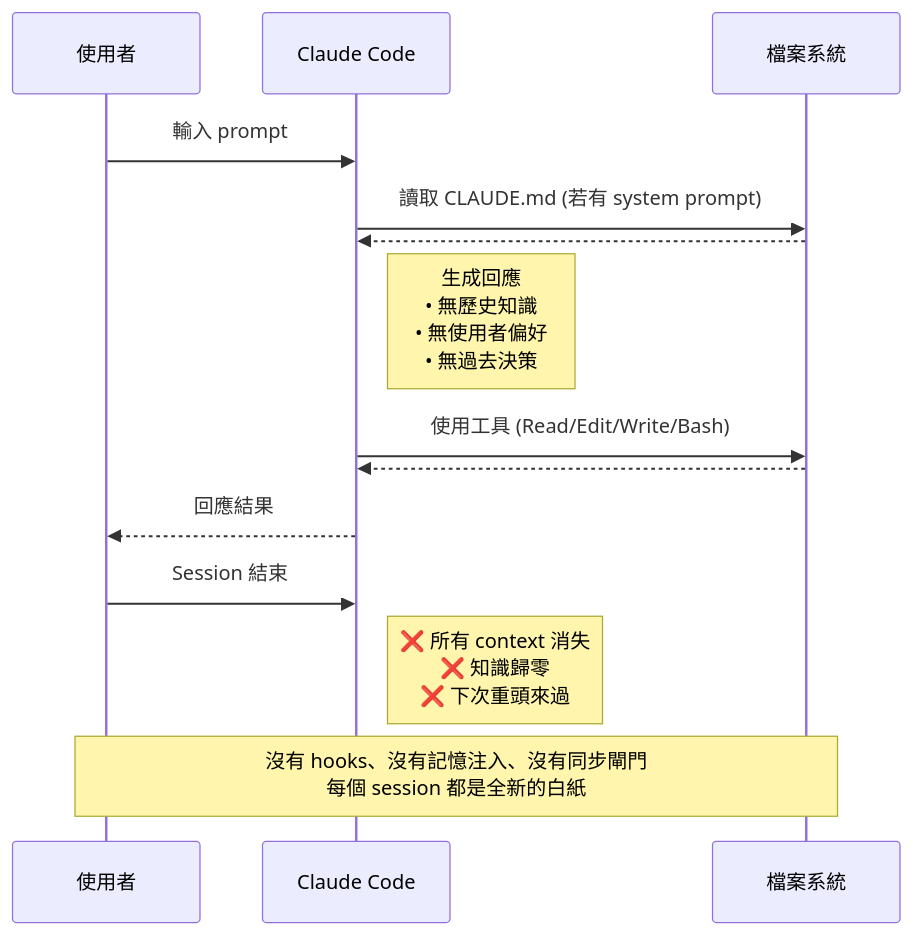
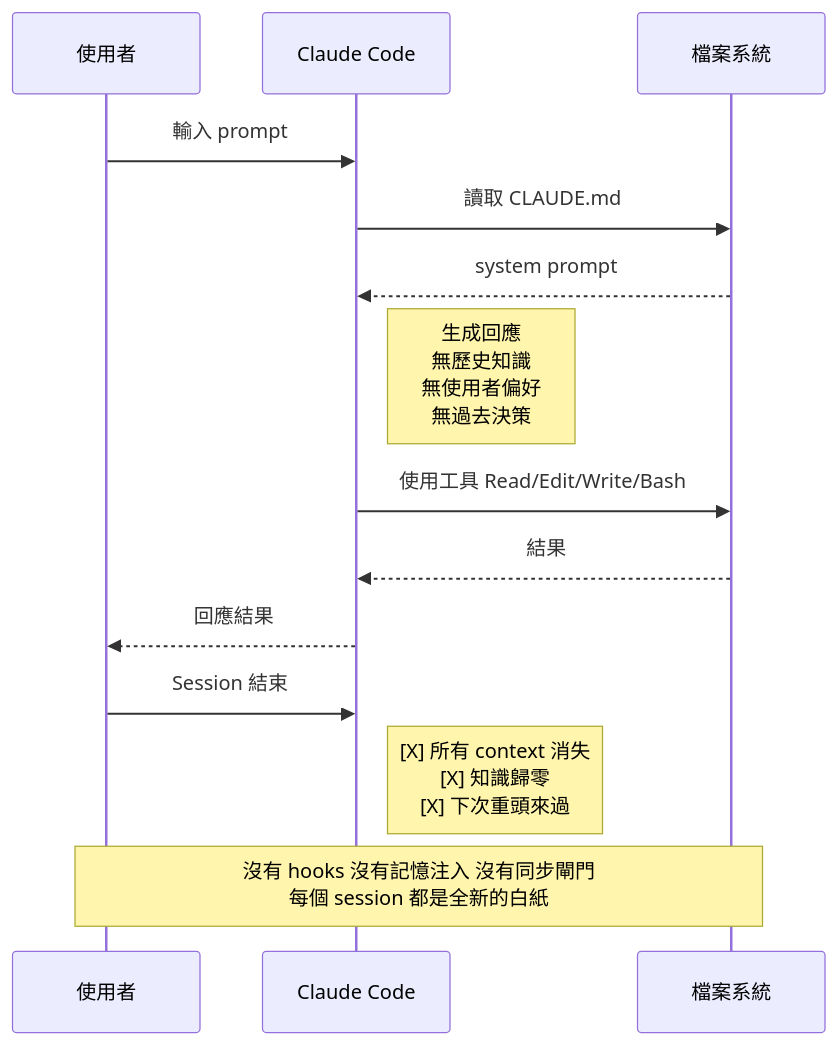
Before and after one commit to wellstseng/HomeClaudeCode-.claude: the first of 5 diagrams in README.md, drawn with Mermaid. The commit also changed other lines of this file and 24 other files, not shown here.

````diff
--- a/README.md
+++ b/README.md
@@ -129,22 +129,22 @@
 ```mermaid
 sequenceDiagram
     participant U as 使用者
     participant C as Claude Code
     participant F as 檔案系統
 
     U->>C: 輸入 prompt
-    C->>F: 讀取 CLAUDE.md (若有 system prompt)
-    F-->>C:
+    C->>F: 讀取 CLAUDE.md
+    F-->>C: system prompt
 
-    note right of C: 生成回應<br/>• 無歷史知識<br/>• 無使用者偏好<br/>• 無過去決策
+    note right of C: 生成回應<br>無歷史知識<br>無使用者偏好<br>無過去決策
 
-    C->>F: 使用工具 (Read/Edit/Write/Bash)
-    F-->>C:
+    C->>F: 使用工具 Read/Edit/Write/Bash
+    F-->>C: 結果
     C-->>U: 回應結果
 
     U->>C: Session 結束
 
-    note right of C: ❌ 所有 context 消失<br/>❌ 知識歸零<br/>❌ 下次重頭來過
+    note right of C: [X] 所有 context 消失<br>[X] 知識歸零<br>[X] 下次重頭來過
 
-    note over U,F: 沒有 hooks、沒有記憶注入、沒有同步閘門<br/>每個 session 都是全新的白紙
+    note over U,F: 沒有 hooks 沒有記憶注入 沒有同步閘門<br>每個 session 都是全新的白紙
 ```
````
